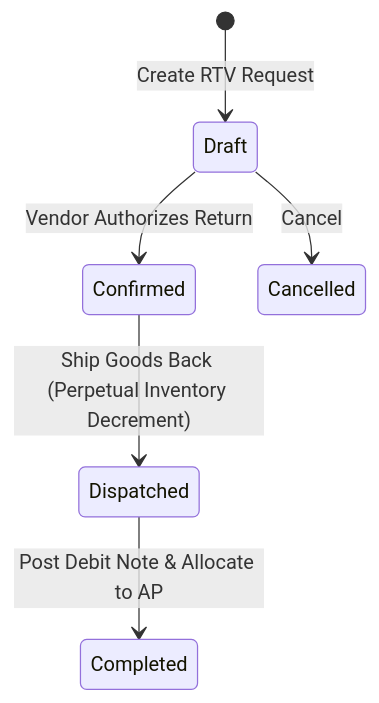
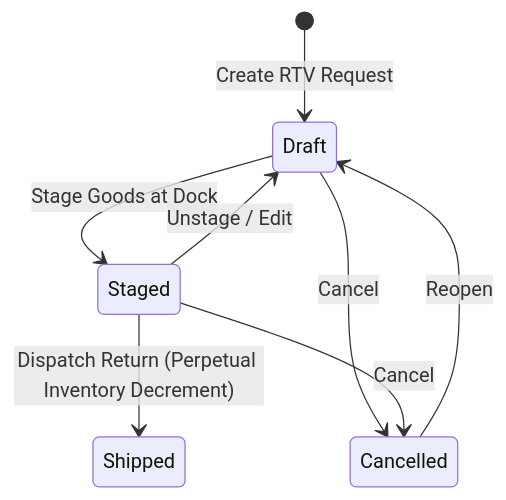
One commit to herobmdotcom/herobm changed the diagram in docs/user/purchase_returns_debit_notes.md. Above: the diagram before and after it, drawn with Mermaid. The commit also changed other lines of this file and 32 other files, not shown here.

````diff
--- a/docs/user/purchase_returns_debit_notes.md
+++ b/docs/user/purchase_returns_debit_notes.md
@@ -45,8 +45,12 @@
 ```mermaid
 stateDiagram-v2
     [*] --> Draft : Create RTV Request
-    Draft --> Confirmed : Vendor Authorizes Return
-    Confirmed --> Dispatched : Ship Goods Back (Perpetual Inventory Decrement)
-    Dispatched --> Completed : Post Debit Note & Allocate to AP
+    Draft --> Staged : Stage Goods at Dock
     Draft --> Cancelled : Cancel
+
+    Staged --> Shipped : Dispatch Return (Perpetual Inventory Decrement)
+    Staged --> Draft : Unstage / Edit
+    Staged --> Cancelled : Cancel
+
+    Cancelled --> Draft : Reopen
 ```
````
